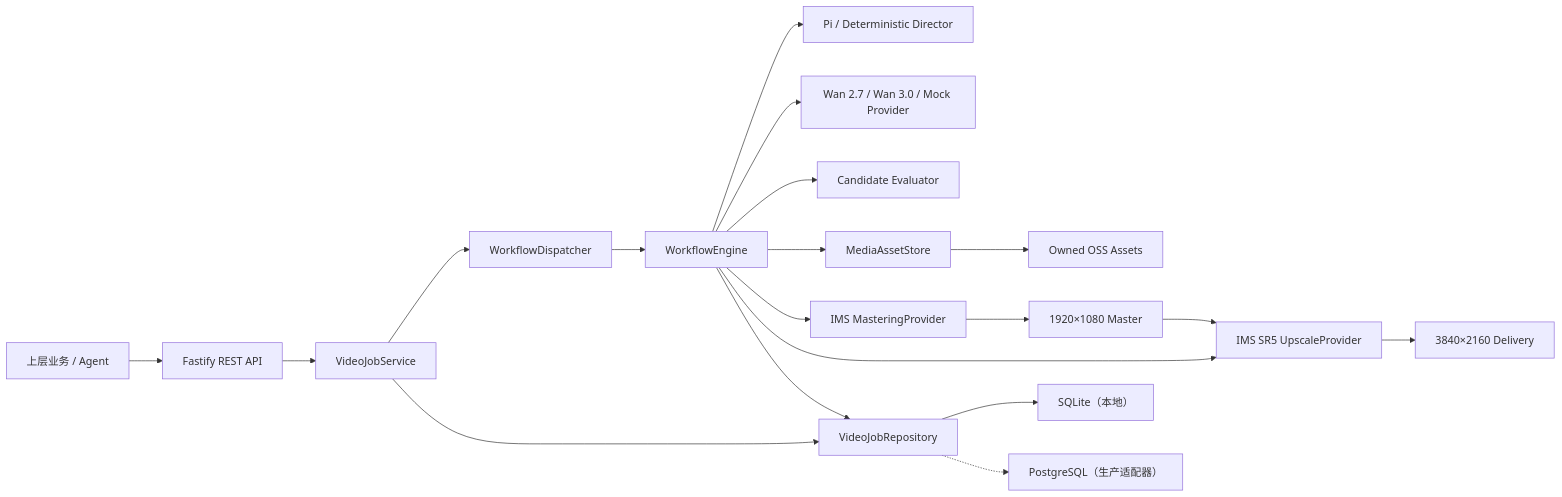
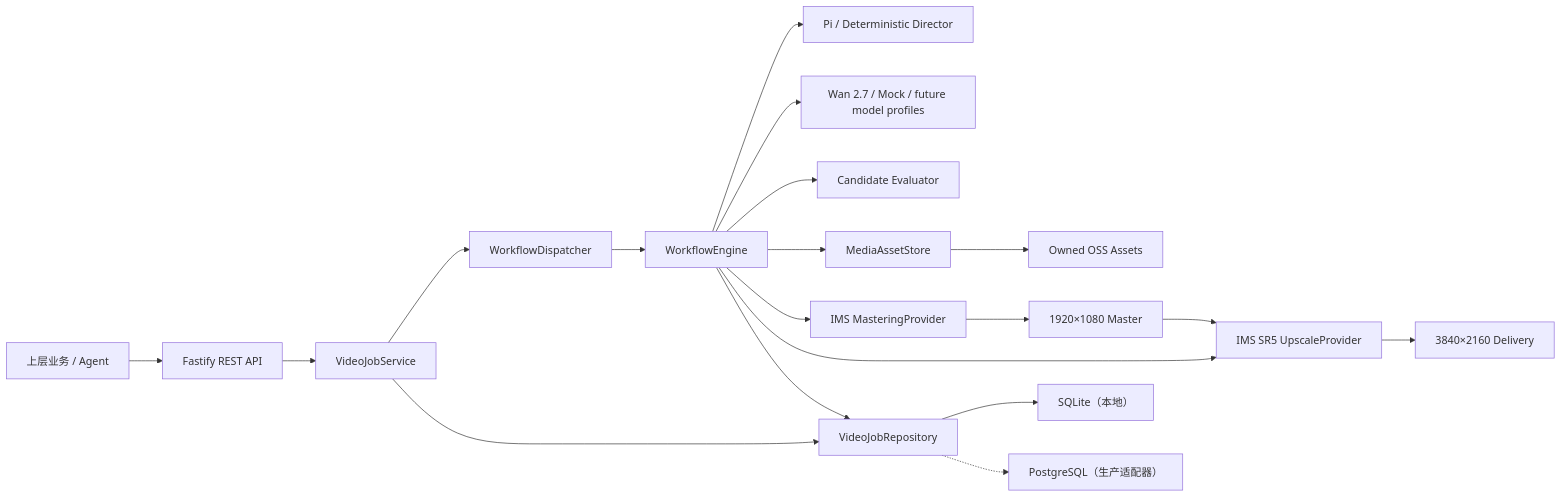
Before and after one commit to devWayne/video-agent-harness: the diagram in docs/ARCHITECTURE.md, drawn with Mermaid. The commit also changed other lines of this file and 14 other files, not shown here.

````diff
--- a/docs/ARCHITECTURE.md
+++ b/docs/ARCHITECTURE.md
@@ -5,21 +5,21 @@
 ```mermaid
 flowchart LR
   Client["上层业务 / Agent"] --> API["Fastify REST API"]
   API --> Service["VideoJobService"]
   Service --> Queue["WorkflowDispatcher"]
   Queue --> Workflow["WorkflowEngine"]
   Workflow --> Director["Pi / Deterministic Director"]
-  Workflow --> Provider["Wan 2.7 / Wan 3.0 / Mock Provider"]
+  Workflow --> Provider["Wan 2.7 / Mock / future model profiles"]
   Workflow --> Evaluator["Candidate Evaluator"]
   Workflow --> Store["MediaAssetStore"]
   Store --> OSS["Owned OSS Assets"]
   Workflow --> Master["IMS MasteringProvider"]
   Master --> HD["1920×1080 Master"]
   Workflow --> Upscale["IMS SR5 UpscaleProvider"]
   HD --> Upscale
   Upscale --> UHD["3840×2160 Delivery"]
   Service --> Repository["VideoJobRepository"]
   Workflow --> Repository
   Repository --> SQLite["SQLite（本地）"]
   Repository -.-> Postgres["PostgreSQL（生产适配器）"]
 ```
````
